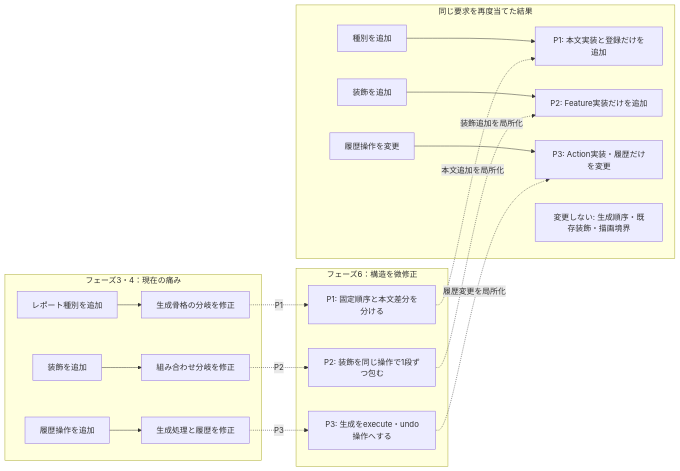
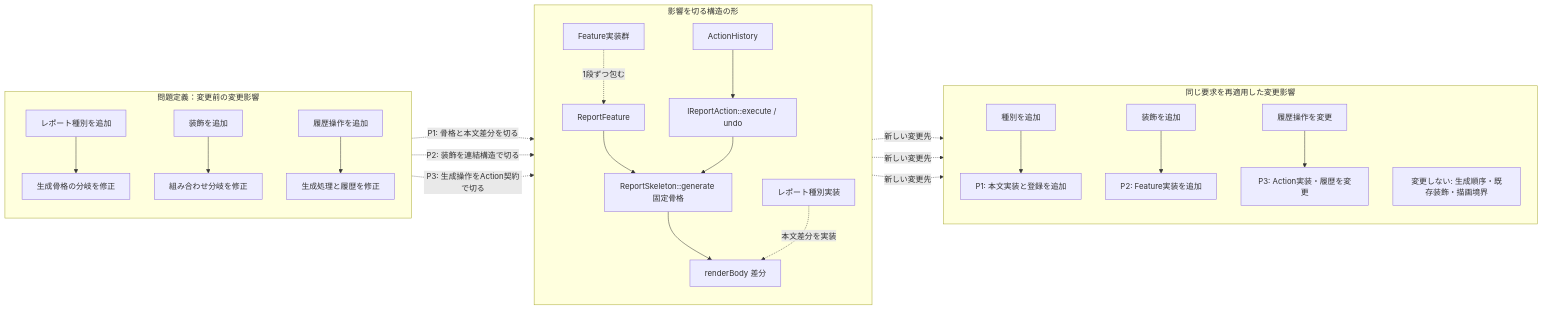
Before and after one commit to kumachan1101-pixel/DesignPattern: the sixth of 14 diagrams in kindle/design-patterns/output/chapter11.md, drawn with Mermaid. The commit also changed other lines of this file and 22 other files, not shown here.

Commit message:
Show structural change in impact diagrams

````diff
--- a/kindle/design-patterns/output/chapter11.md
+++ b/kindle/design-patterns/output/chapter11.md
@@ -865,25 +866,31 @@
 ```mermaid
 flowchart LR
-    subgraph Pain["フェーズ3・4：現在の痛み"]
+    subgraph Pain["問題定義：変更前の変更影響"]
+        direction TB
         CR1["レポート種別を追加"] --> C1["生成骨格の分岐を修正"]
         CR2["装飾を追加"] --> C2["組み合わせ分岐を修正"]
         CR3["履歴操作を追加"] --> C3["生成処理と履歴を修正"]
     end
-    subgraph StructuralChange["フェーズ6：構造を微修正"]
-        S1["P1: 固定順序と本文差分を分ける"]
-        S2["P2: 装飾を同じ操作で1段ずつ包む"]
-        S3["P3: 生成をexecute・undo操作へする"]
+    subgraph TargetStructure["影響を切る構造の形"]
+        direction TB
+        RS["ReportSkeleton::generate 固定骨格"] --> Body["renderBody 差分"]
+        RT["レポート種別実装"] -. "本文差分を実装" .-> Body
+        F["ReportFeature"] --> RS
+        FI["Feature実装群"] -. "1段ずつ包む" .-> F
+        A["IReportAction::execute / undo"] --> RS
+        H["ActionHistory"] --> A
     end
-    subgraph Result["同じ要求を再度当てた結果"]
-        IR1["種別を追加"] --> I1["P1: 本文実装と登録だけを追加"]
-        IR2["装飾を追加"] --> I2["P2: Feature実装だけを追加"]
-        IR3["履歴操作を変更"] --> I3["P3: Action実装・履歴だけを変更"]
+    subgraph Result["同じ要求を再適用した変更影響"]
+        direction TB
+        IR1["種別を追加"] --> I1["P1: 本文実装と登録を追加"]
+        IR2["装飾を追加"] --> I2["P2: Feature実装を追加"]
+        IR3["履歴操作を変更"] --> I3["P3: Action実装・履歴を変更"]
         IS["変更しない: 生成順序・既存装飾・描画境界"]
     end
-    C1 -. "P1" .-> S1
-    S1 -. "本文追加を局所化" .-> I1
-    C2 -. "P2" .-> S2
-    S2 -. "装飾追加を局所化" .-> I2
-    C3 -. "P3" .-> S3
-    S3 -. "履歴変更を局所化" .-> I3
+    C1 -. "P1: 骨格と本文差分を切る" .-> Body
+    Body -. "新しい変更先" .-> I1
+    C2 -. "P2: 装飾を連結構造で切る" .-> F
+    F -. "新しい変更先" .-> I2
+    C3 -. "P3: 生成操作をAction契約で切る" .-> A
+    A -. "新しい変更先" .-> I3
 ```
````
